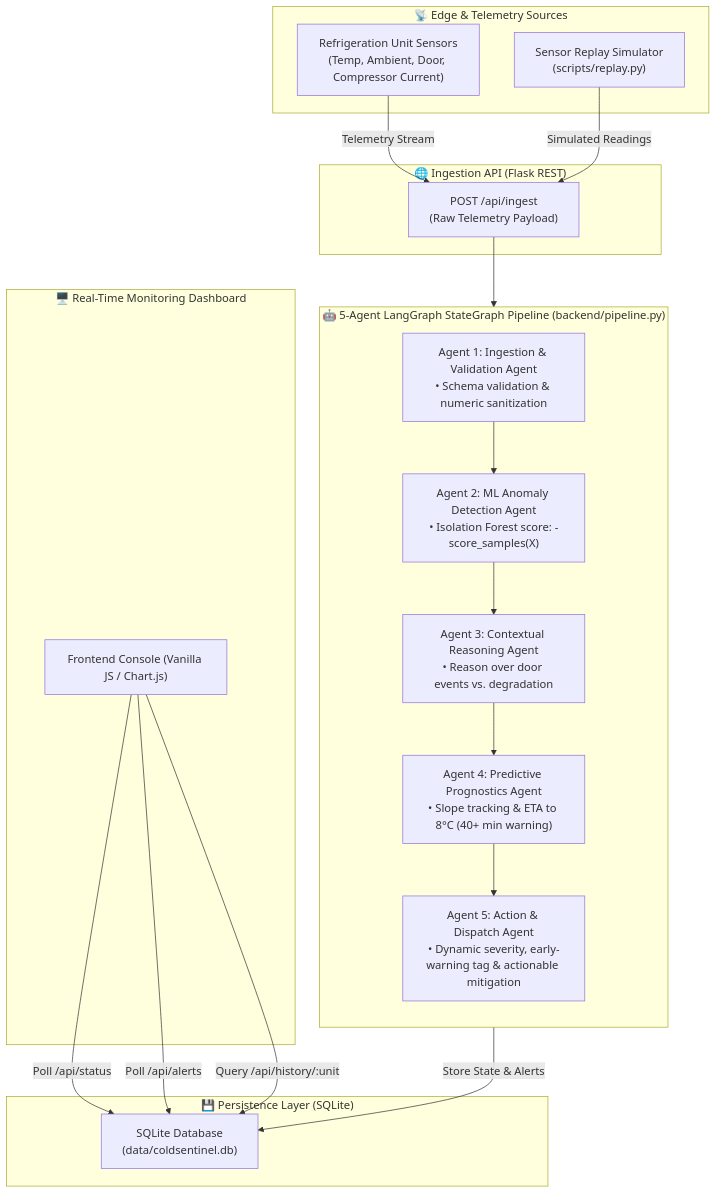
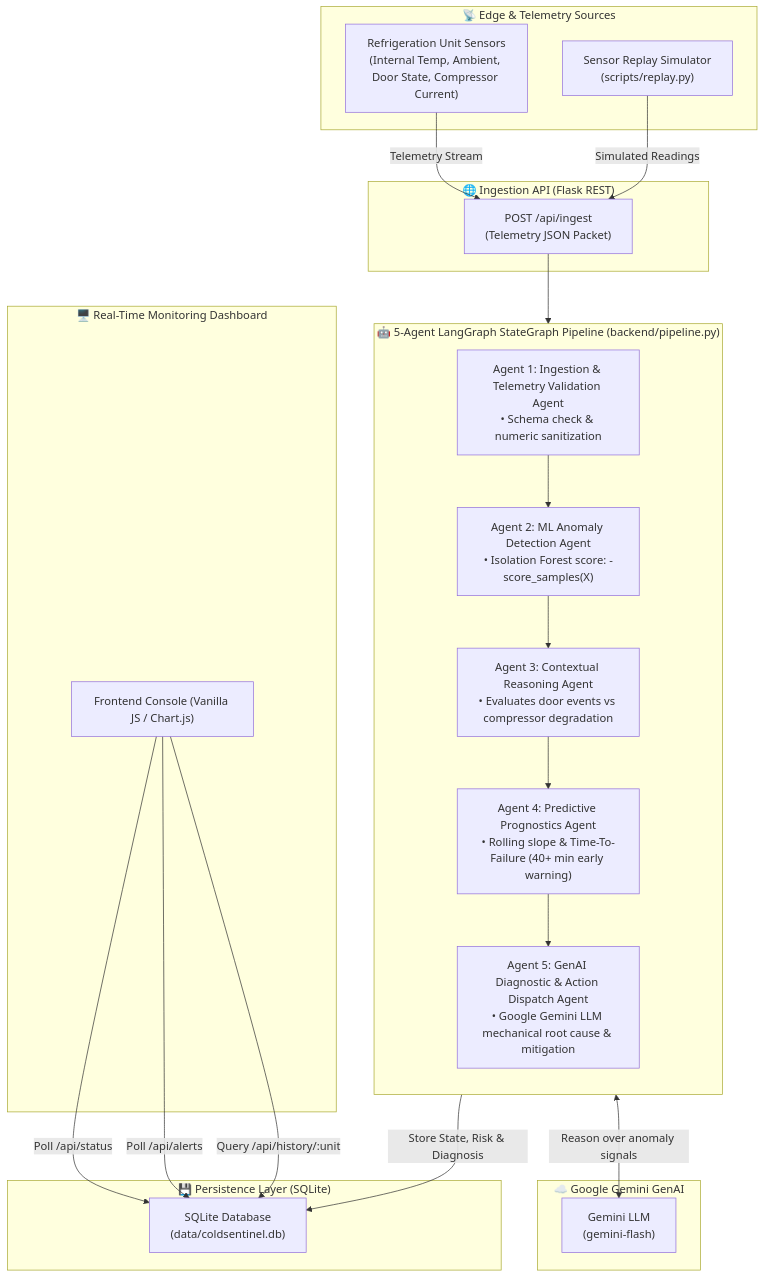
One commit to Khushee2023/ColdSentinel changed the first of 2 diagrams in README.md. Above: the diagram before and after it, drawn with Mermaid. The commit also changed other lines of this file and 5 other files, not shown here.

Commit message:
Integrate Google Gemini GenAI LLM into 5-agent LangGraph pipeline for automated root cause diagnosis

````diff
--- a/README.md
+++ b/README.md
@@ -16,41 +17,46 @@
 ```mermaid
 flowchart TD
     subgraph Sensors["📡 Edge & Telemetry Sources"]
-        S1["Refrigeration Unit Sensors<br/>(Temp, Ambient, Door, Compressor Current)"]
+        S1["Refrigeration Unit Sensors<br/>(Internal Temp, Ambient, Door State, Compressor Current)"]
         S2["Sensor Replay Simulator<br/>(scripts/replay.py)"]
     end
 
     subgraph API["🌐 Ingestion API (Flask REST)"]
-        API1["POST /api/ingest<br/>(Raw Telemetry Payload)"]
+        API1["POST /api/ingest<br/>(Telemetry JSON Packet)"]
     end
 
     subgraph LangGraph["🤖 5-Agent LangGraph StateGraph Pipeline (backend/pipeline.py)"]
         direction TB
-        Agent1["Agent 1: Ingestion & Validation Agent<br/>• Schema validation & numeric sanitization"]
+        Agent1["Agent 1: Ingestion & Telemetry Validation Agent<br/>• Schema check & numeric sanitization"]
         Agent2["Agent 2: ML Anomaly Detection Agent<br/>• Isolation Forest score: -score_samples(X)"]
-        Agent3["Agent 3: Contextual Reasoning Agent<br/>• Reason over door events vs. degradation"]
-        Agent4["Agent 4: Predictive Prognostics Agent<br/>• Slope tracking & ETA to 8°C (40+ min warning)"]
-        Agent5["Agent 5: Action & Dispatch Agent<br/>• Dynamic severity, early-warning tag & actionable mitigation"]
+        Agent3["Agent 3: Contextual Reasoning Agent<br/>• Evaluates door events vs compressor degradation"]
+        Agent4["Agent 4: Predictive Prognostics Agent<br/>• Rolling slope & Time-To-Failure (40+ min early warning)"]
+        Agent5["Agent 5: GenAI Diagnostic & Action Dispatch Agent<br/>• Google Gemini LLM mechanical root cause & mitigation"]
 
         Agent1 --> Agent2
         Agent2 --> Agent3
         Agent3 --> Agent4
         Agent4 --> Agent5
+    end
+
+    subgraph LLMCloud["☁️ Google Gemini GenAI"]
+        Gemini["Gemini LLM<br/>(gemini-flash)"]
     end
 
     subgraph Store["💾 Persistence Layer (SQLite)"]
         DB["SQLite Database<br/>(data/coldsentinel.db)"]
     end
 
     subgraph UI["🖥️ Real-Time Monitoring Dashboard"]
         Dash["Frontend Console (Vanilla JS / Chart.js)"]
         Dash -->|Poll /api/status| DB
         Dash -->|Poll /api/alerts| DB
         Dash -->|Query /api/history/:unit| DB
     end
 
     S1 -->|Telemetry Stream| API1
     S2 -->|Simulated Readings| API1
     API1 --> Agent1
-    Agent5 -->|Store State & Alerts| DB
+    Agent5 <-->|Reason over anomaly signals| Gemini
+    Agent5 -->|Store State, Risk & Diagnosis| DB
 ```
````
